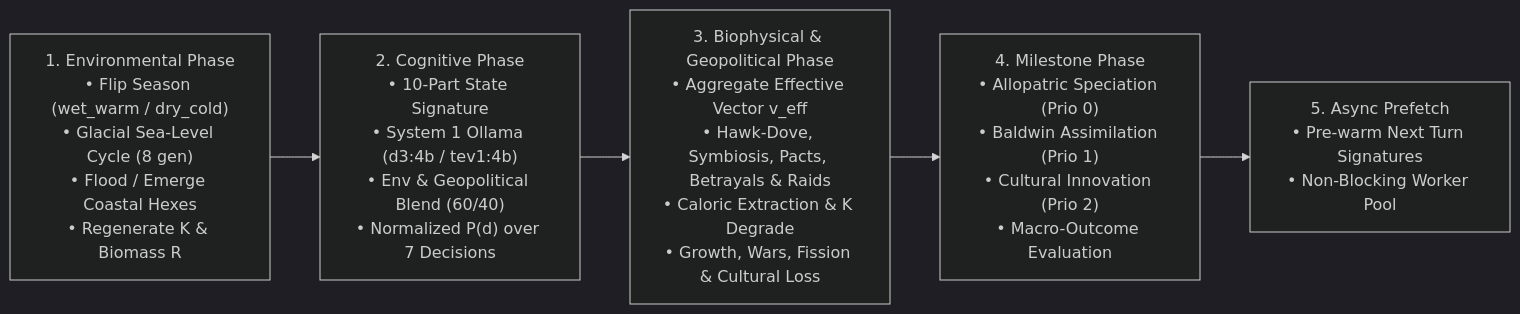
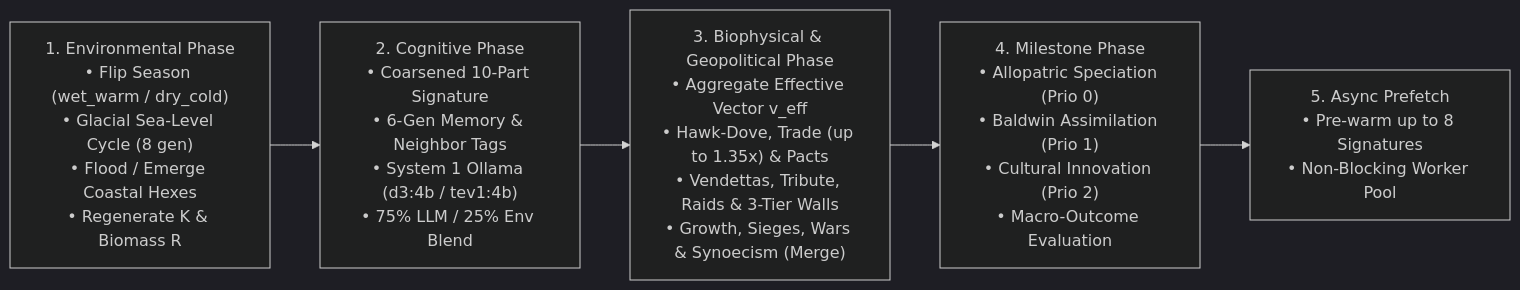
The diagram in gh-pages/index.md (arrase/Evolution), drawn with Mermaid (dark theme) before and after one commit. The commit also changed other lines of this file and 35 other files, not shown here.

````diff
--- a/gh-pages/index.md
+++ b/gh-pages/index.md
@@ -111,7 +111,7 @@
 ```mermaid
 flowchart LR
-    Env["1. Environmental Phase\n• Flip Season (wet_warm / dry_cold)\n• Glacial Sea-Level Cycle (8 gen)\n• Flood / Emerge Coastal Hexes\n• Regenerate K & Biomass R"] --> Cog["2. Cognitive Phase\n• 10-Part State Signature\n• System 1 Ollama (d3:4b / tev1:4b)\n• Env & Geopolitical Blend (60/40)\n• Normalized P(d) over 7 Decisions"]
-    Cog --> Bio["3. Biophysical & Geopolitical Phase\n• Aggregate Effective Vector v_eff\n• Hawk-Dove, Symbiosis, Pacts, Betrayals & Raids\n• Caloric Extraction & K Degrade\n• Growth, Wars, Fission & Cultural Loss"]
+    Env["1. Environmental Phase\n• Flip Season (wet_warm / dry_cold)\n• Glacial Sea-Level Cycle (8 gen)\n• Flood / Emerge Coastal Hexes\n• Regenerate K & Biomass R"] --> Cog["2. Cognitive Phase\n• Coarsened 10-Part Signature\n• 6-Gen Memory & Neighbor Tags\n• System 1 Ollama (d3:4b / tev1:4b)\n• 75% LLM / 25% Env Blend"]
+    Cog --> Bio["3. Biophysical & Geopolitical Phase\n• Aggregate Effective Vector v_eff\n• Hawk-Dove, Trade (up to 1.35x) & Pacts\n• Vendettas, Tribute, Raids & 3-Tier Walls\n• Growth, Sieges, Wars & Synoecism (Merge)"]
     Bio --> Mile["4. Milestone Phase\n• Allopatric Speciation (Prio 0)\n• Baldwin Assimilation (Prio 1)\n• Cultural Innovation (Prio 2)\n• Macro-Outcome Evaluation"]
-    Mile --> Prefetch["5. Async Prefetch\n• Pre-warm Next Turn Signatures\n• Non-Blocking Worker Pool"]
+    Mile --> Prefetch["5. Async Prefetch\n• Pre-warm up to 8 Signatures\n• Non-Blocking Worker Pool"]
 ```
````
